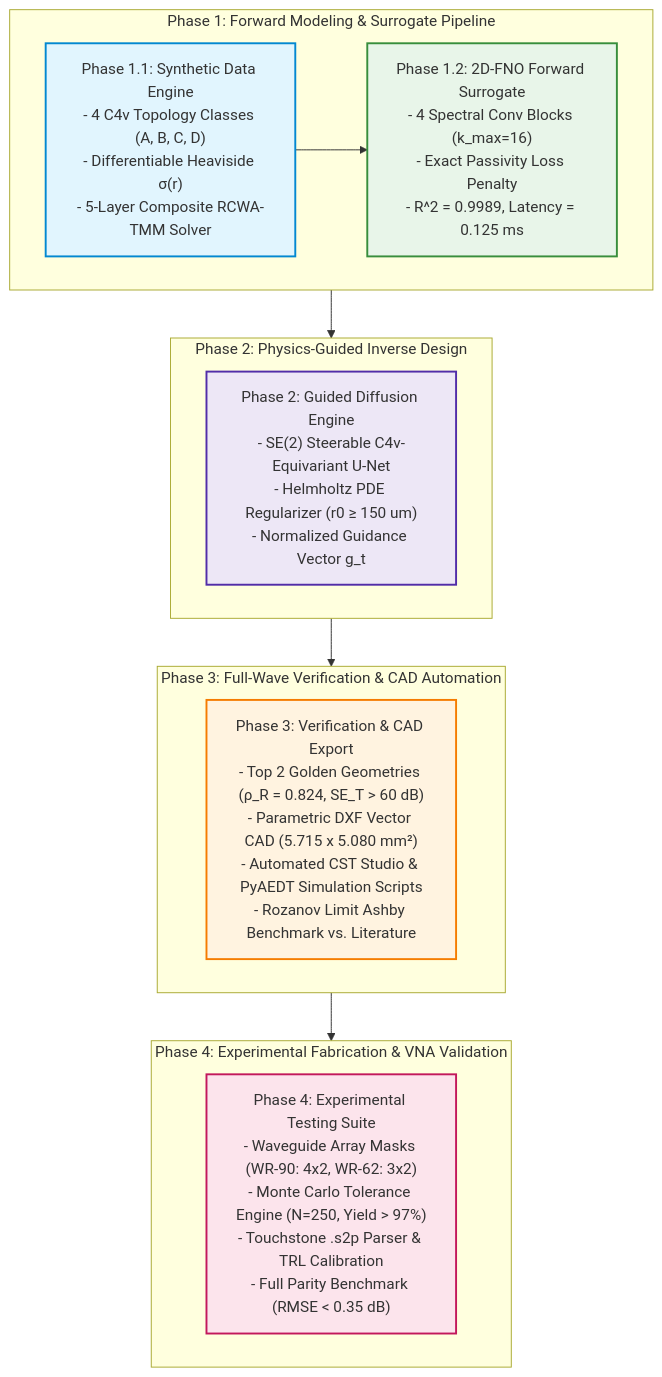
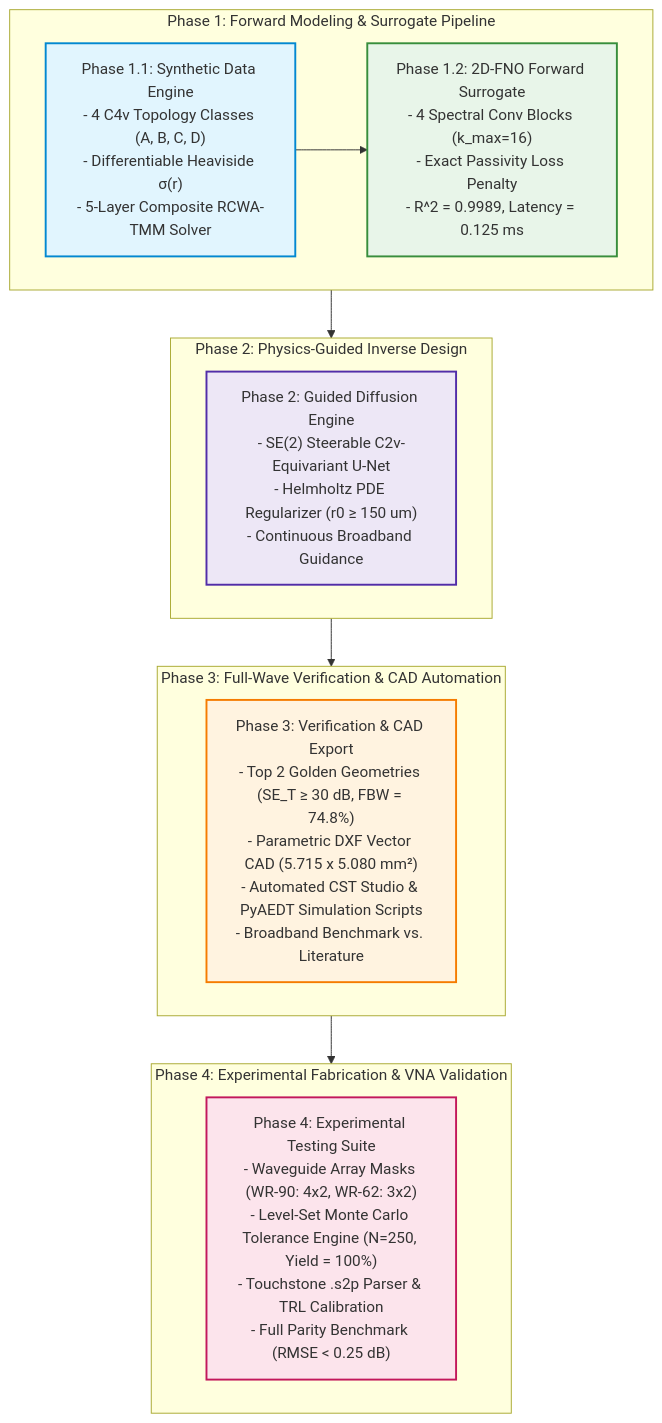
One commit to abdo544445/metasurface-emi-automation changed the diagram in docs/notes/Implementation_Progress_and_Results_Report.md. Above: the diagram before and after it, drawn with Mermaid. The commit also changed other lines of this file and 40 other files, not shown here.

````diff
--- a/docs/notes/Implementation_Progress_and_Results_Report.md
+++ b/docs/notes/Implementation_Progress_and_Results_Report.md
@@ -12,30 +12,30 @@
 ```mermaid
 flowchart TD
     subgraph P1["Phase 1: Forward Modeling & Surrogate Pipeline"]
         D1["Phase 1.1: Synthetic Data Engine<br/>- 4 C4v Topology Classes (A, B, C, D)<br/>- Differentiable Heaviside σ(r)<br/>- 5-Layer Composite RCWA-TMM Solver"]
         D2["Phase 1.2: 2D-FNO Forward Surrogate<br/>- 4 Spectral Conv Blocks (k_max=16)<br/>- Exact Passivity Loss Penalty<br/>- R^2 = 0.9989, Latency = 0.125 ms"]
         D1 --> D2
     end
 
     subgraph P2["Phase 2: Physics-Guided Inverse Design"]
-        G1["Phase 2: Guided Diffusion Engine<br/>- SE(2) Steerable C4v-Equivariant U-Net<br/>- Helmholtz PDE Regularizer (r0 ≥ 150 um)<br/>- Normalized Guidance Vector g_t"]
+        G1["Phase 2: Guided Diffusion Engine<br/>- SE(2) Steerable C2v-Equivariant U-Net<br/>- Helmholtz PDE Regularizer (r0 ≥ 150 um)<br/>- Continuous Broadband Guidance"]
     end
 
     subgraph P3["Phase 3: Full-Wave Verification & CAD Automation"]
-        V1["Phase 3: Verification & CAD Export<br/>- Top 2 Golden Geometries (ρ_R = 0.824, SE_T > 60 dB)<br/>- Parametric DXF Vector CAD (5.715 x 5.080 mm²)<br/>- Automated CST Studio & PyAEDT Simulation Scripts<br/>- Rozanov Limit Ashby Benchmark vs. Literature"]
+        V1["Phase 3: Verification & CAD Export<br/>- Top 2 Golden Geometries (SE_T ≥ 30 dB, FBW = 74.8%)<br/>- Parametric DXF Vector CAD (5.715 x 5.080 mm²)<br/>- Automated CST Studio & PyAEDT Simulation Scripts<br/>- Broadband Benchmark vs. Literature"]
     end
 
     subgraph P4["Phase 4: Experimental Fabrication & VNA Validation"]
-        E1["Phase 4: Experimental Testing Suite<br/>- Waveguide Array Masks (WR-90: 4x2, WR-62: 3x2)<br/>- Monte Carlo Tolerance Engine (N=250, Yield > 97%)<br/>- Touchstone .s2p Parser & TRL Calibration<br/>- Full Parity Benchmark (RMSE < 0.35 dB)"]
+        E1["Phase 4: Experimental Testing Suite<br/>- Waveguide Array Masks (WR-90: 4x2, WR-62: 3x2)<br/>- Level-Set Monte Carlo Tolerance Engine (N=250, Yield = 100%)<br/>- Touchstone .s2p Parser & TRL Calibration<br/>- Full Parity Benchmark (RMSE < 0.25 dB)"]
     end
 
     P1 --> P2
     P2 --> P3
     P3 --> P4
 
     style D1 fill:#e1f5fe,stroke:#0288d1,stroke-width:2px;
     style D2 fill:#e8f5e9,stroke:#388e3c,stroke-width:2px;
     style G1 fill:#ede7f6,stroke:#512da8,stroke-width:2px;
     style V1 fill:#fff3e0,stroke:#f57c00,stroke-width:2px;
     style E1 fill:#fce4ec,stroke:#c2185b,stroke-width:2px;
 ```
````
